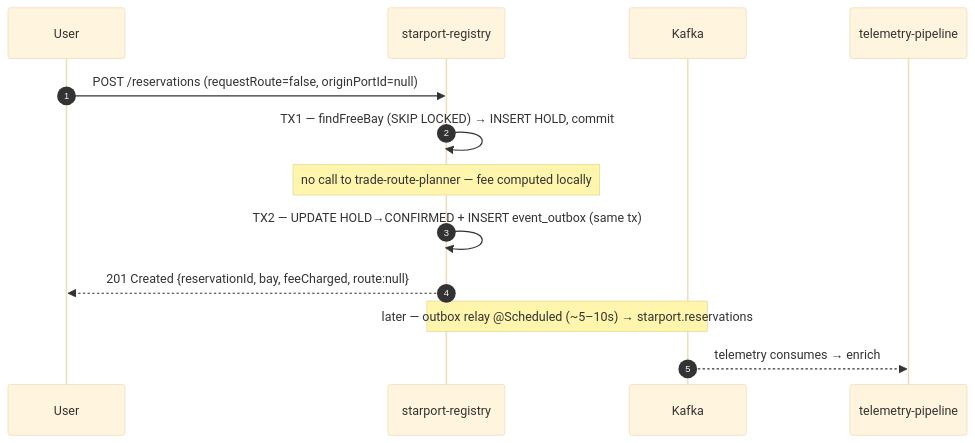
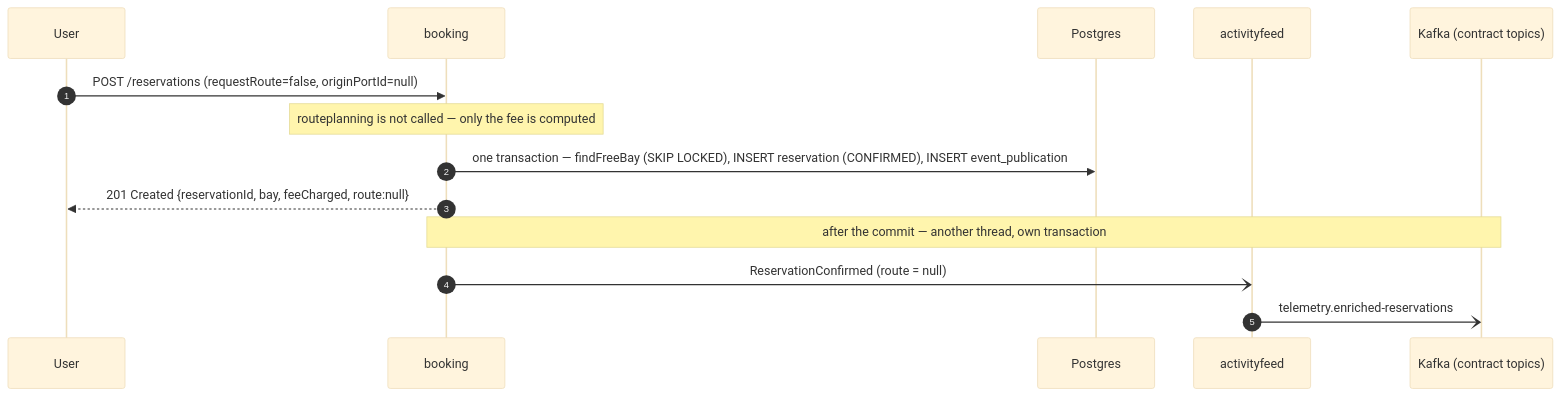
The third of 6 diagrams in README.md (stepniewskirafal/MicroservicesFleet), drawn with Mermaid (base theme) before and after one commit. The commit also changed other lines of this file and 412 other files, not shown here.

````diff
--- a/README.md
+++ b/README.md
@@ -207,16 +243,17 @@
 ```mermaid
 sequenceDiagram
     autonumber
     participant U as User
-    participant A as starport-registry
-    participant K as Kafka
-    participant C as telemetry-pipeline
+    participant A as booking
+    participant DB as Postgres
+    participant F as activityfeed
+    participant K as Kafka (contract topics)
 
     U->>A: POST /reservations (requestRoute=false, originPortId=null)
-    A->>A: TX1 — findFreeBay (SKIP LOCKED) → INSERT HOLD, commit
-    Note over A: no call to trade-route-planner — fee computed locally
-    A->>A: TX2 — UPDATE HOLD→CONFIRMED + INSERT event_outbox (same tx)
+    Note over A: routeplanning is not called — only the fee is computed
+    A->>DB: one transaction — findFreeBay (SKIP LOCKED), INSERT reservation (CONFIRMED), INSERT event_publication
     A-->>U: 201 Created {reservationId, bay, feeCharged, route:null}
-    Note over A,K: later — outbox relay @Scheduled (~5–10s) → starport.reservations
-    K-->>C: telemetry consumes → enrich
+    Note over A,K: after the commit — another thread, own transaction
+    A-)F: ReservationConfirmed (route = null)
+    F-)K: telemetry.enriched-reservations
 ```
````
